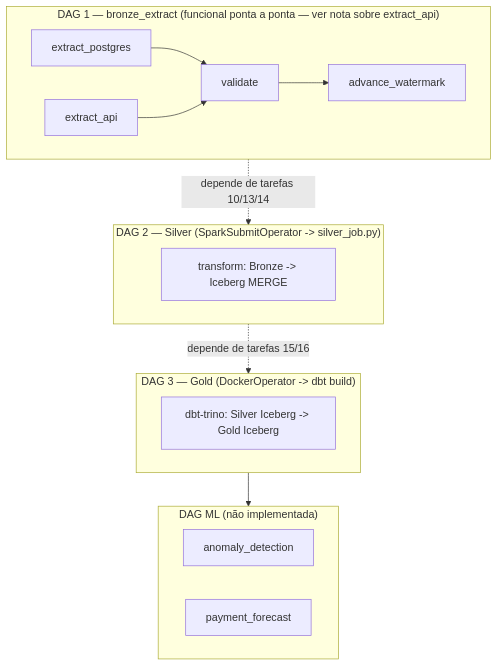
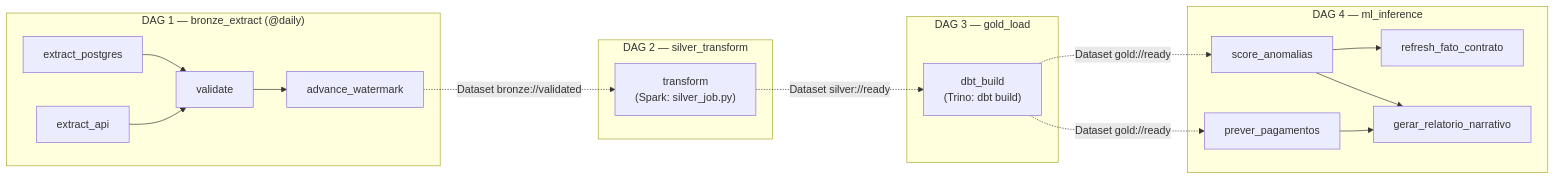
One commit to jaimejrs/data-engineering-lab-PY03 changed the second of 3 diagrams in documentacao/diagrama-arquitetura.md. Above: the diagram before and after it, drawn with Mermaid. The commit also changed other lines of this file and 2 other files, not shown here.

````diff
--- a/documentacao/diagrama-arquitetura.md
+++ b/documentacao/diagrama-arquitetura.md
@@ -68,20 +55,24 @@
 ```mermaid
-flowchart TB
-    subgraph DAG1["DAG 1 — bronze_extract (funcional ponta a ponta — ver nota sobre extract_api)"]
+flowchart LR
+    subgraph DAG1["DAG 1 — bronze_extract (@daily)"]
         d1a[extract_postgres] --> d1c[validate]
         d1b[extract_api] --> d1c
         d1c --> d1d[advance_watermark]
     end
-    subgraph DAG2["DAG 2 — Silver (SparkSubmitOperator -> silver_job.py)"]
-        d2a[transform: Bronze -> Iceberg MERGE]
+    subgraph DAG2["DAG 2 — silver_transform"]
+        d2a["transform\n(Spark: silver_job.py)"]
     end
-    subgraph DAG3["DAG 3 — Gold (DockerOperator -> dbt build)"]
-        d3a[dbt-trino: Silver Iceberg -> Gold Iceberg]
+    subgraph DAG3["DAG 3 — gold_load"]
+        d3a["dbt_build\n(Trino: dbt build)"]
     end
-    subgraph DAG4["DAG ML (não implementada)"]
-        d4a[anomaly_detection]
-        d4b[payment_forecast]
+    subgraph DAG4["DAG 4 — ml_inference"]
+        d4a[score_anomalias] --> d4c[refresh_fato_contrato]
+        d4a --> d4d[gerar_relatorio_narrativo]
+        d4b[prever_pagamentos] --> d4d
     end
 
-    DAG1 -.depende de tarefas 10/13/14.-> DAG2 -.depende de tarefas 15/16.-> DAG3 --> DAG4
+    d1d -.->|Dataset bronze://validated| d2a
+    d2a -.->|Dataset silver://ready| d3a
+    d3a -.->|Dataset gold://ready| d4a
+    d3a -.->|Dataset gold://ready| d4b
 ```
````
